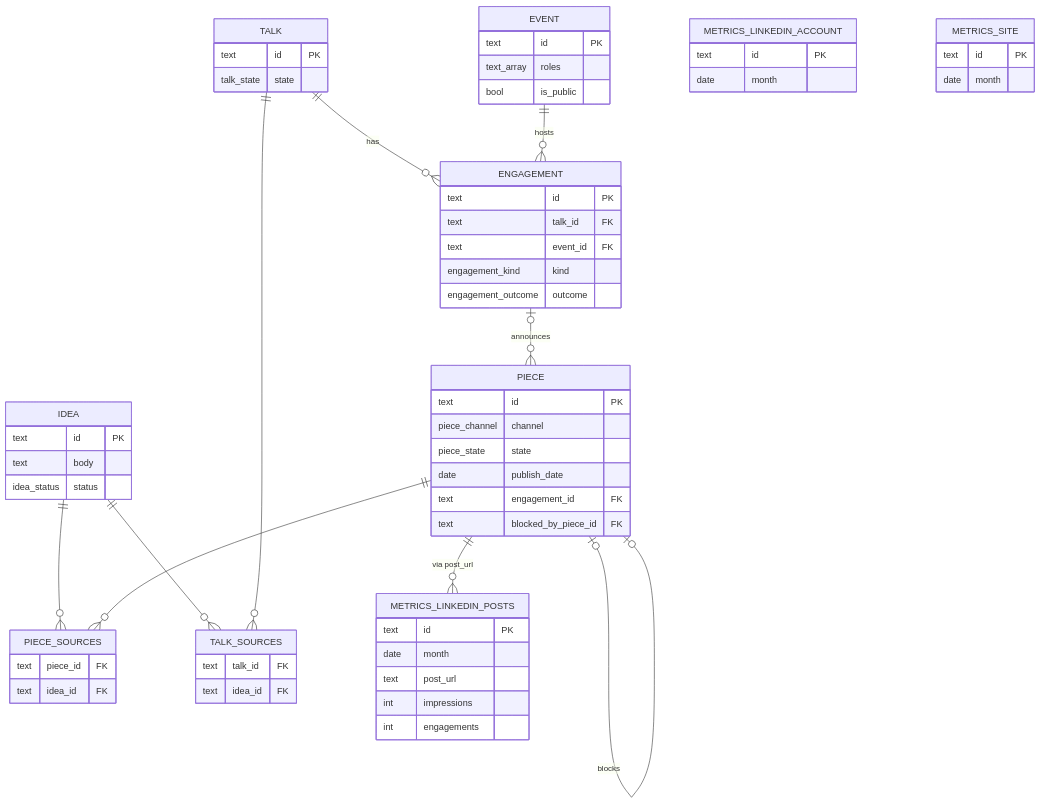
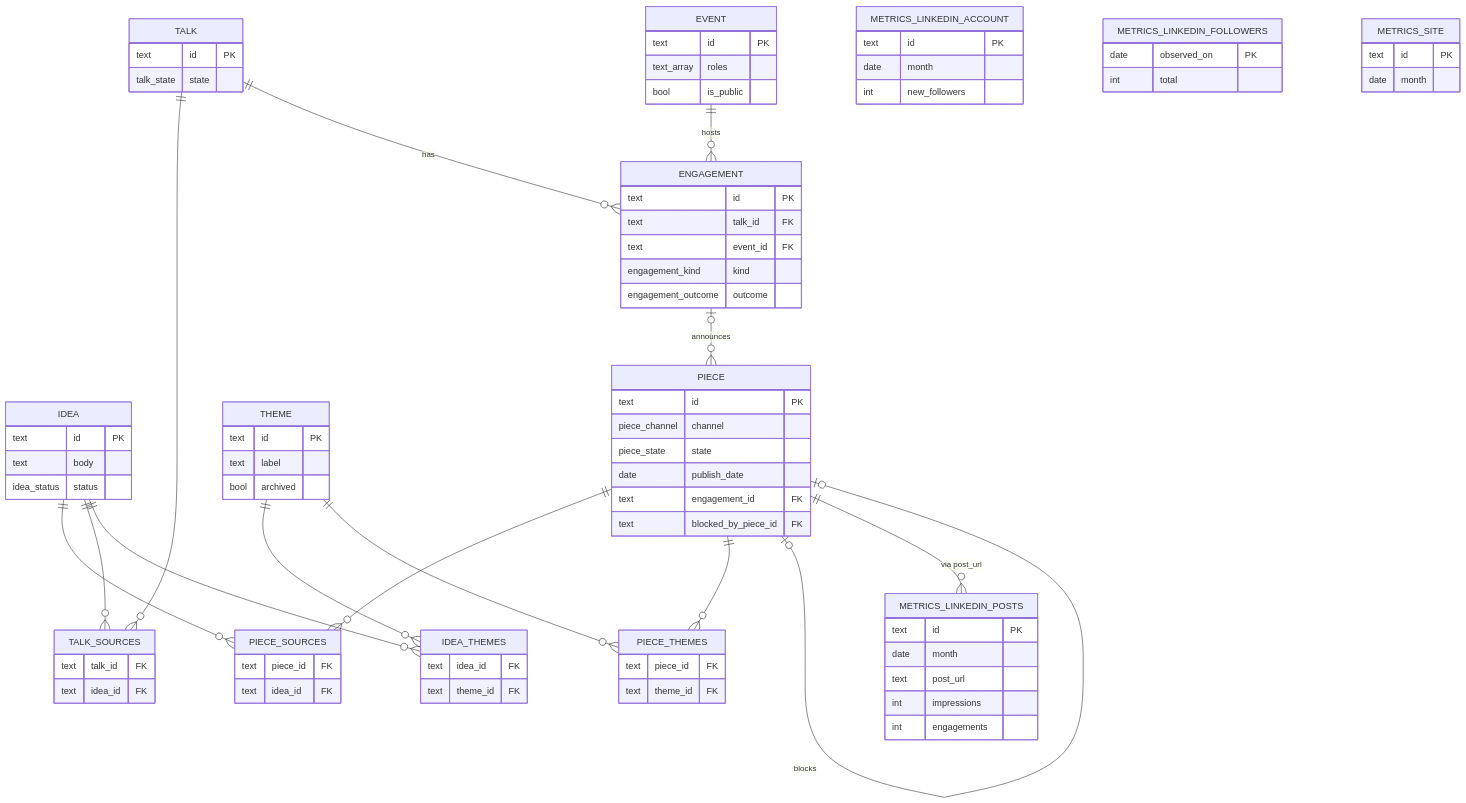
One commit to davideimola/content-os changed the diagram in docs/design/supabase-foundations.md. Above: the diagram before and after it, drawn with Mermaid. The commit also changed other lines of this file and 56 other files, not shown here.

```diff
--- a/docs/design/supabase-foundations.md
+++ b/docs/design/supabase-foundations.md
@@ -48,6 +48,19 @@
     text talk_id FK
     text idea_id FK
   }
+  THEME {
+    text id PK
+    text label
+    bool archived
+  }
+  IDEA_THEMES {
+    text idea_id FK
+    text theme_id FK
+  }
+  PIECE_THEMES {
+    text piece_id FK
+    text theme_id FK
+  }
   METRICS_LINKEDIN_POSTS {
     text id PK
     date month
@@ -58,6 +71,11 @@
   METRICS_LINKEDIN_ACCOUNT {
     text id PK
     date month
+    int new_followers
+  }
+  METRICS_LINKEDIN_FOLLOWERS {
+    date observed_on PK
+    int total
   }
   METRICS_SITE {
     text id PK
@@ -68,6 +86,10 @@
   PIECE ||--o{ PIECE_SOURCES : ""
   IDEA  ||--o{ TALK_SOURCES  : ""
   TALK  ||--o{ TALK_SOURCES  : ""
+  IDEA  ||--o{ IDEA_THEMES   : ""
+  THEME ||--o{ IDEA_THEMES   : ""
+  PIECE ||--o{ PIECE_THEMES  : ""
+  THEME ||--o{ PIECE_THEMES  : ""
   TALK  ||--o{ ENGAGEMENT : has
   EVENT ||--o{ ENGAGEMENT : hosts
   ENGAGEMENT |o--o{ PIECE : announces
```
